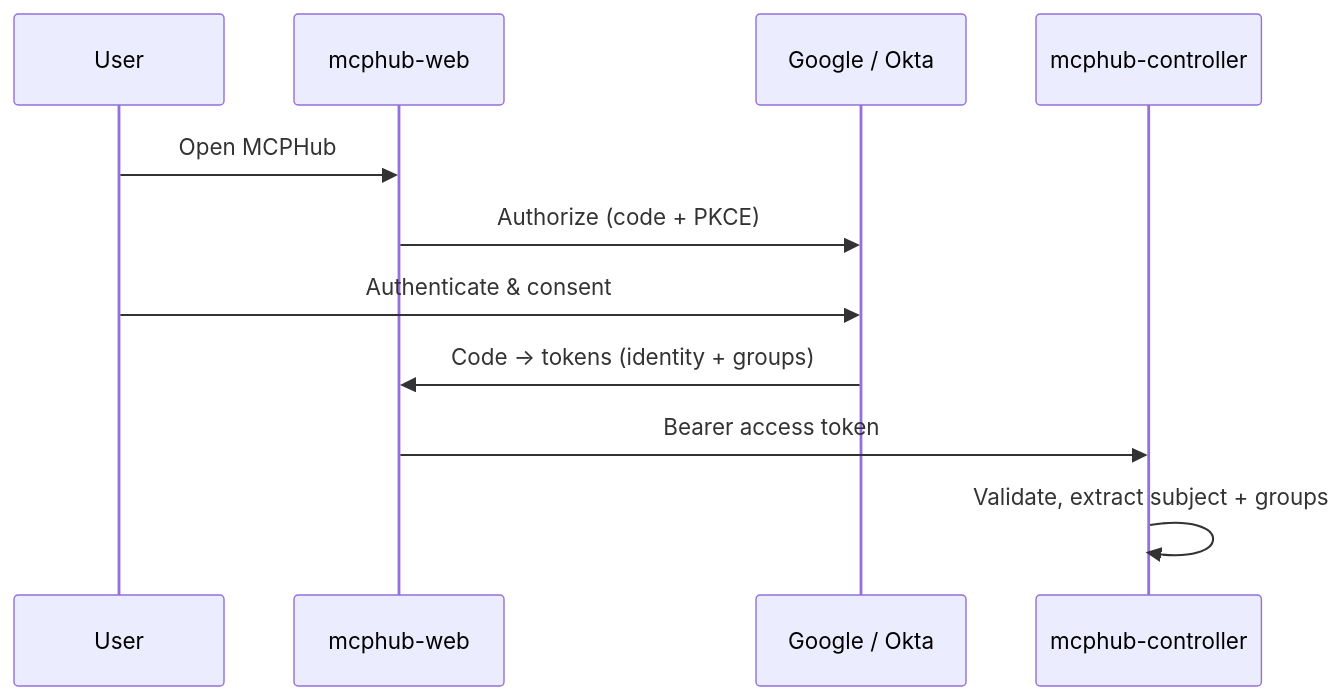
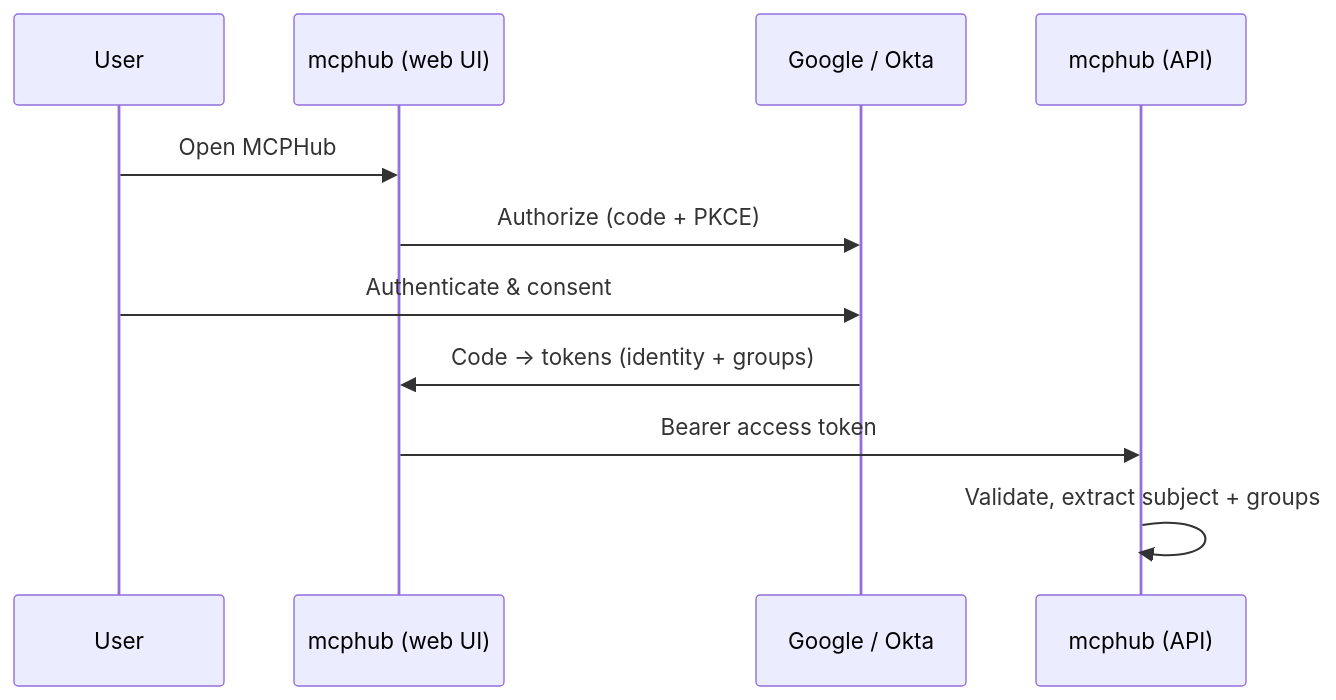
The diagram in docs/08-authentication.md (yurifrl/tennon), drawn with Mermaid before and after one commit. The commit also changed other lines of this file and 30 other files, not shown here.

````diff
--- a/docs/08-authentication.md
+++ b/docs/08-authentication.md
@@ -11,13 +11,13 @@
 ```mermaid
 sequenceDiagram
   participant User
-  participant Web as mcphub-web
+  participant Web as mcphub (web UI)
   participant IdP as Google / Okta
-  participant API as mcphub-controller
+  participant API as mcphub (API)
   User->>Web: Open MCPHub
   Web->>IdP: Authorize (code + PKCE)
   User->>IdP: Authenticate & consent
   IdP->>Web: Code → tokens (identity + groups)
   Web->>API: Bearer access token
   API->>API: Validate, extract subject + groups
 ```
````
